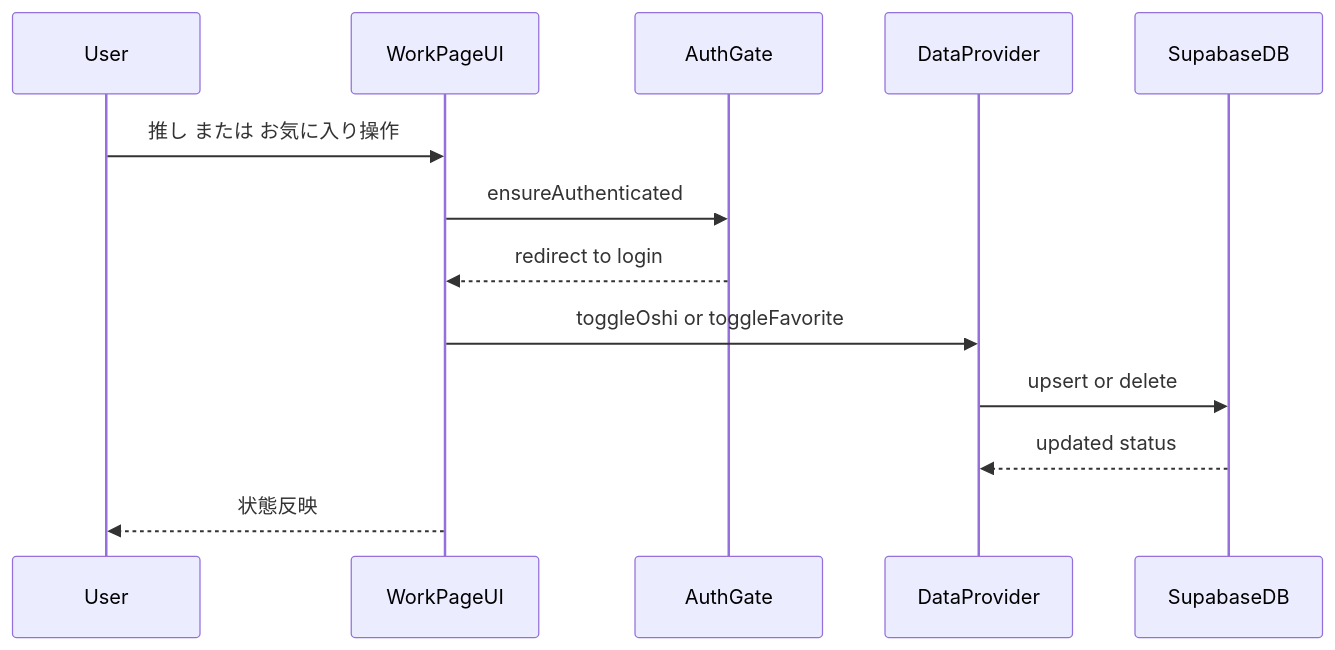
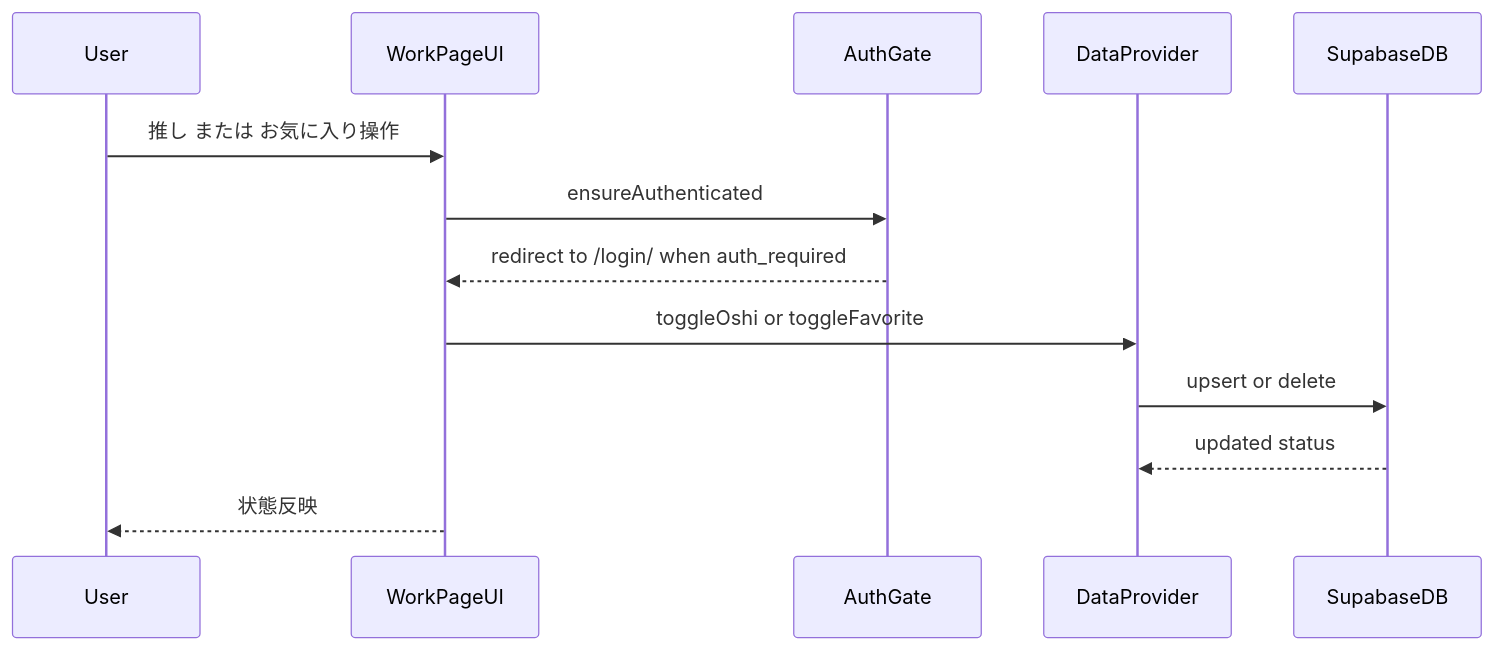
The third of 5 diagrams in .kiro/specs/work-page-playback-episode-list/design.md (arinko39140/mangadouga), drawn with Mermaid before and after one commit. The commit also changed other lines of this file and 1 other file, not shown here.

Commit message:
Update work page playback design decisions

````diff
--- a/.kiro/specs/work-page-playback-episode-list/design.md
+++ b/.kiro/specs/work-page-playback-episode-list/design.md
@@ -76,15 +77,15 @@
 ```mermaid
 sequenceDiagram
     participant User
     participant WorkPageUI
     participant AuthGate
     participant DataProvider
     participant SupabaseDB
     User ->> WorkPageUI: 推し または お気に入り操作
     WorkPageUI ->> AuthGate: ensureAuthenticated
-    AuthGate -->> WorkPageUI: redirect to login
+    AuthGate -->> WorkPageUI: redirect to /login/ when auth_required
     WorkPageUI ->> DataProvider: toggleOshi or toggleFavorite
     DataProvider ->> SupabaseDB: upsert or delete
     SupabaseDB -->> DataProvider: updated status
     WorkPageUI -->> User: 状態反映
 ```
````
